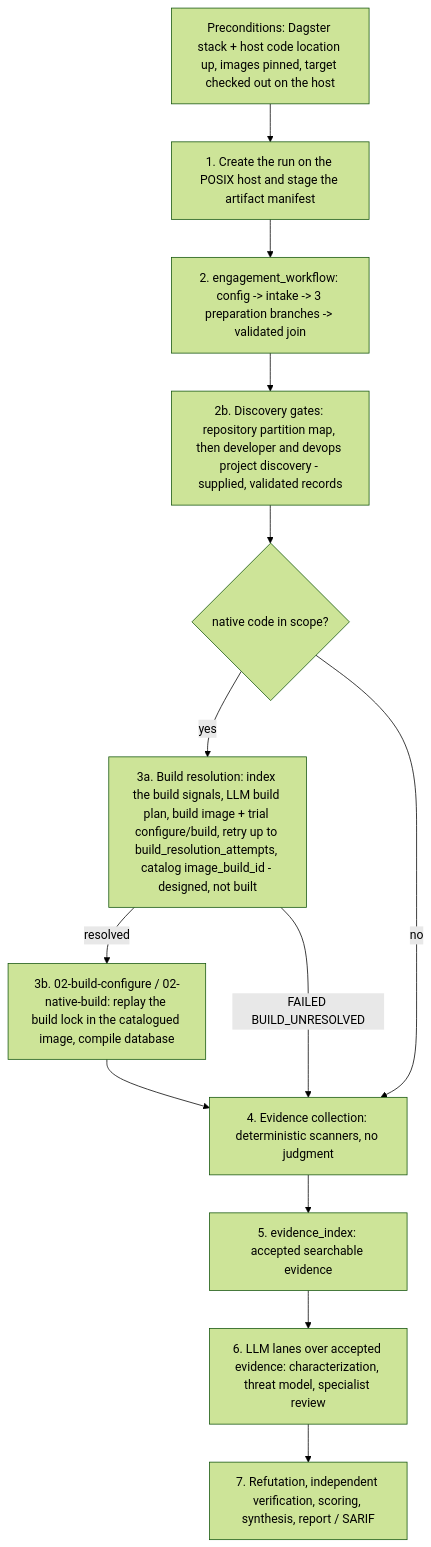
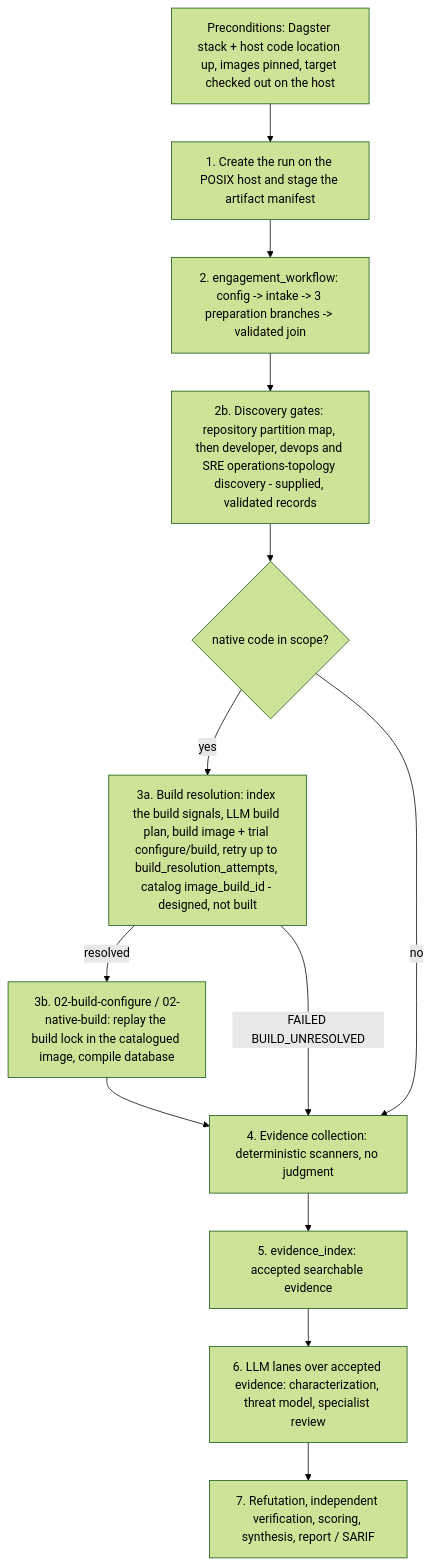
The diagram in docs/processes/engagement-start.md (wsollers/appsec-review), drawn with Mermaid (forest theme) before and after one commit. The commit also changed other lines of this file and 5 other files, not shown here.

````diff
--- a/docs/processes/engagement-start.md
+++ b/docs/processes/engagement-start.md
@@ -16,15 +16,15 @@
 ```mermaid
 flowchart TD
   P0[Preconditions: Dagster stack + host code location up, images pinned, target checked out on the host] --> S1
   S1[1. Create the run on the POSIX host and stage the artifact manifest] --> S2
   S2[2. engagement_workflow: config -> intake -> 3 preparation branches -> validated join] --> S2b
-  S2b[2b. Discovery gates: repository partition map, then developer and devops project discovery - supplied, validated records] --> G1{native code in scope?}
+  S2b[2b. Discovery gates: repository partition map, then developer, devops and SRE operations-topology discovery - supplied, validated records] --> G1{native code in scope?}
   G1 -- yes --> S3a[3a. Build resolution: index the build signals, LLM build plan, build image + trial configure/build, retry up to build_resolution_attempts, catalog image_build_id - designed, not built]
   S3a -- resolved --> S3[3b. 02-build-configure / 02-native-build: replay the build lock in the catalogued image, compile database]
   S3a -- FAILED BUILD_UNRESOLVED --> S4
   G1 -- no --> S4
   S3 --> S4[4. Evidence collection: deterministic scanners, no judgment]
   S4 --> S5[5. evidence_index: accepted searchable evidence]
   S5 --> S6[6. LLM lanes over accepted evidence: characterization, threat model, specialist review]
   S6 --> S7[7. Refutation, independent verification, scoring, synthesis, report / SARIF]
 ```
````
